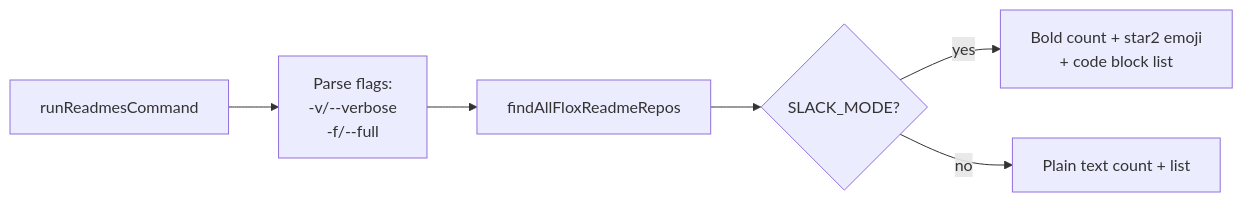
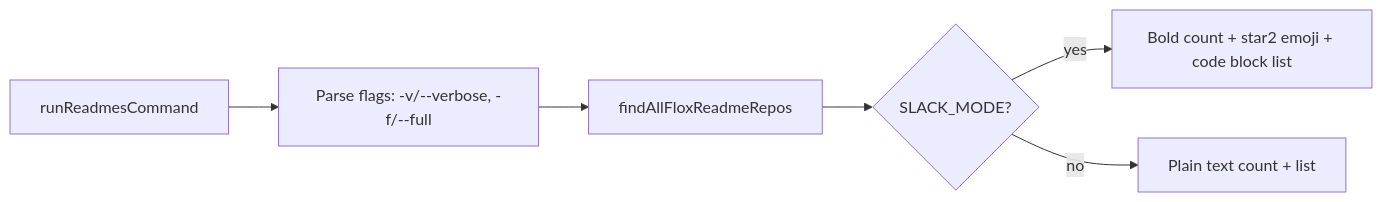
Before and after one commit to stahnma/gh-flox: the fifth of 12 diagrams in README.md, drawn with Mermaid. The commit also changed other lines of this file, not shown here.

First line of the commit message:
Fix Mermaid diagram syntax for GitHub rendering

````diff
--- a/README.md
+++ b/README.md
@@ -186,8 +171,8 @@
 ```mermaid
 flowchart LR
-    A[runReadmesCommand] --> B["Parse flags:\n-v/--verbose\n-f/--full"]
+    A[runReadmesCommand] --> B["Parse flags: -v/--verbose, -f/--full"]
     B --> C[findAllFloxReadmeRepos]
-    C --> D{SLACK_MODE?}
-    D -->|yes| E["Bold count + star2 emoji\n+ code block list"]
+    C --> D{"SLACK_MODE?"}
+    D -->|yes| E["Bold count + star2 emoji + code block list"]
     D -->|no| F["Plain text count + list"]
 ```
````
